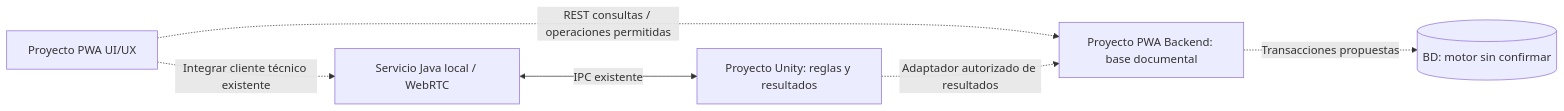
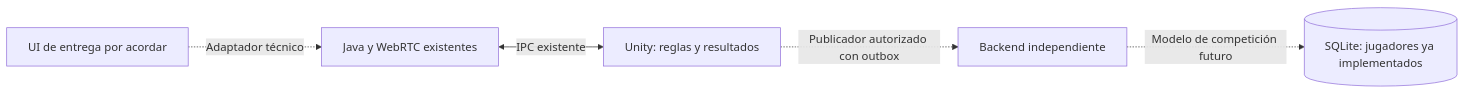
The second of 2 diagrams in docs/01-architecture/SYSTEM_CONTEXT.md (Josue1855/Gorilla-Escape), drawn with Mermaid before and after one commit. The commit also changed other lines of this file and 33 other files, not shown here.

Commit message:
docs: synchronize players backend and PWA laboratory status

````diff
--- a/docs/01-architecture/SYSTEM_CONTEXT.md
+++ b/docs/01-architecture/SYSTEM_CONTEXT.md
@@ -21,8 +23,7 @@
 ```mermaid
 flowchart LR
-  UI["Proyecto PWA UI/UX"] -.->|"Integrar cliente técnico existente"| Java["Servicio Java local / WebRTC"]
-  Java <-->|"IPC existente"| Unity["Proyecto Unity: reglas y resultados"]
-  UI -.->|"REST consultas / operaciones permitidas"| Backend["Proyecto PWA Backend: base documental"]
-  Unity -.->|"Adaptador autorizado de resultados"| Backend
-  Backend -.->|"Transacciones propuestas"| DB[("BD: motor sin confirmar")]
+  UI["UI de entrega por acordar"] -.->|"Adaptador técnico"| Java["Java y WebRTC existentes"]
+  Java <-->|"IPC existente"| Unity["Unity: reglas y resultados"]
+  Unity -.->|"Publicador autorizado con outbox"| Backend["Backend independiente"]
+  Backend -.->|"Modelo de competición futuro"| DB[("SQLite: jugadores ya implementados")]
 ```
````
